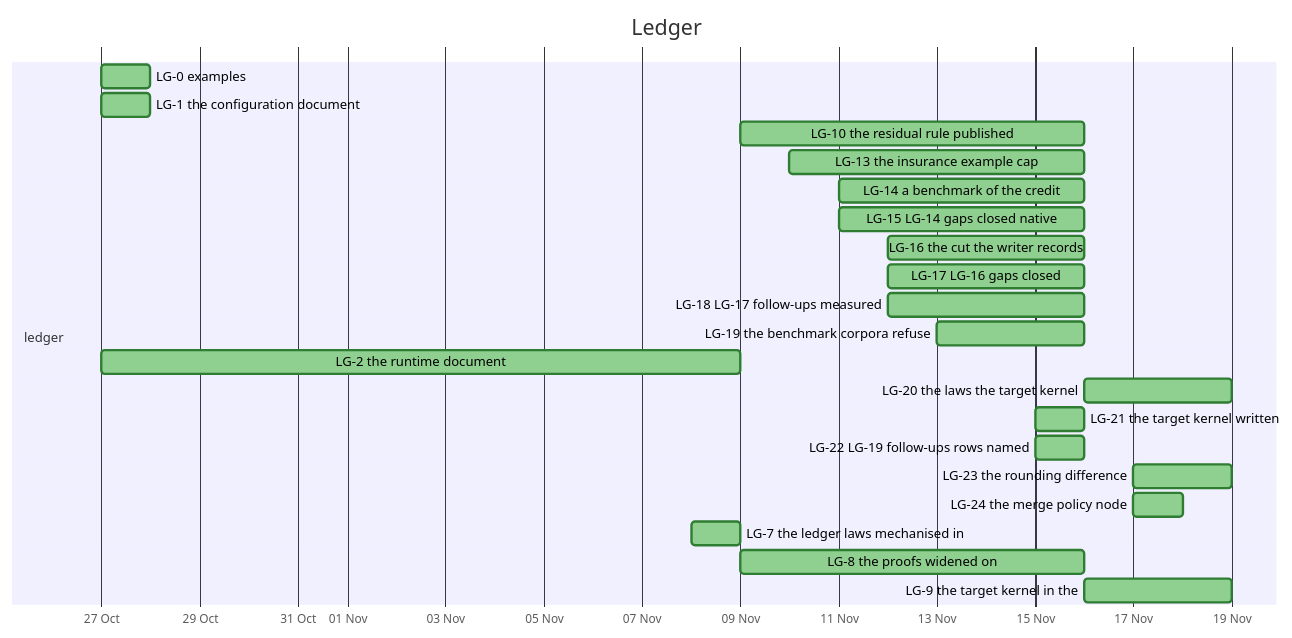
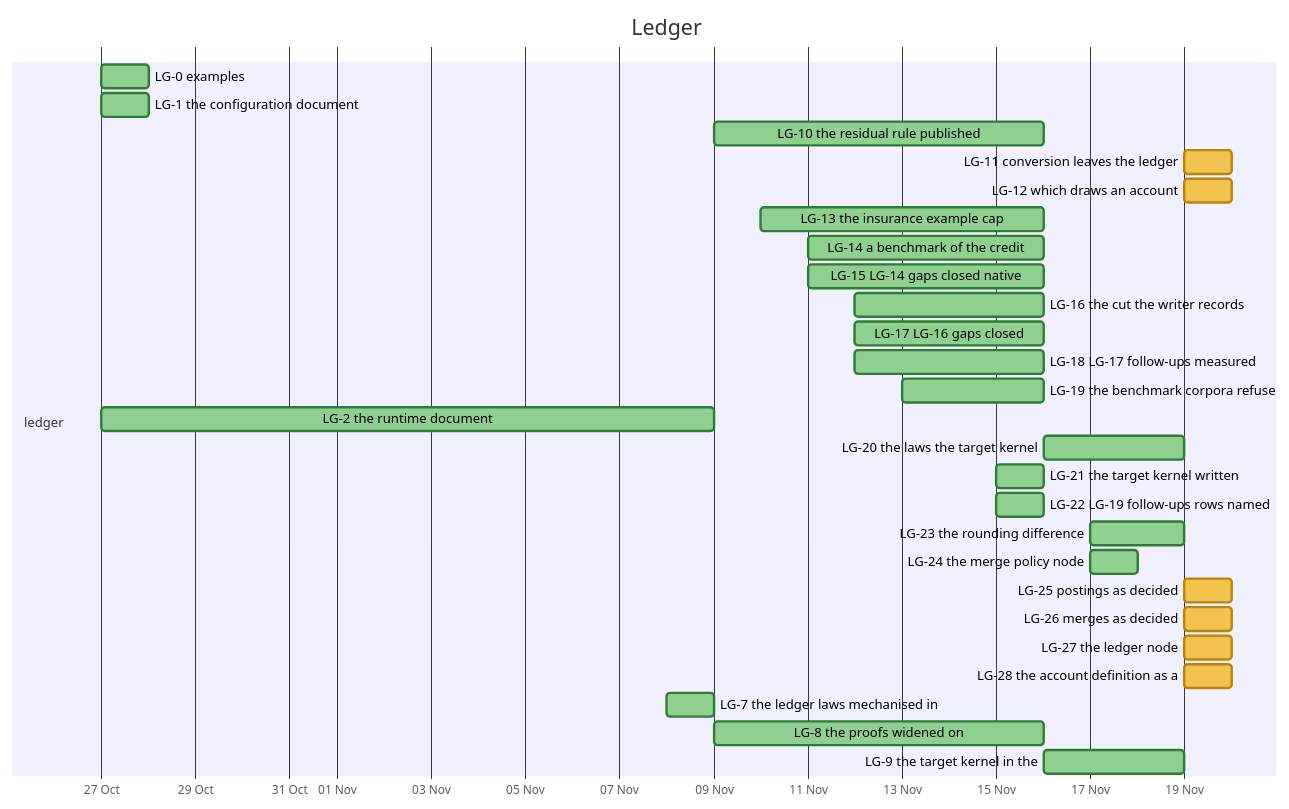
Before and after one commit to nebularis/lattice: the tenth of 32 diagrams in docs/developer/ROADMAP.md, drawn with Mermaid. The commit also changed other lines of this file and 5 other files, not shown here.

````diff
--- a/docs/developer/ROADMAP.md
+++ b/docs/developer/ROADMAP.md
@@ -337,27 +337,33 @@
 ```mermaid
 %%{init: {"themeVariables": {"taskBkgColor": "#f2c14e", "taskBorderColor": "#b8860b", "taskTextColor": "#000000", "activeTaskBkgColor": "#4e9af1", "activeTaskBorderColor": "#1f5fbf", "activeTaskBorderColor": "#1f5fbf", "doneTaskBkgColor": "#8fcf8f", "doneTaskBorderColor": "#2f7d32", "critBkgColor": "#f28b82", "critBorderColor": "#b23a30", "taskTextDarkColor": "#000000", "taskTextLightColor": "#000000"}}}%%
 gantt
     title Ledger
     dateFormat YYYY-MM-DD
     axisFormat %d %b
     section ledger
     LG-0 examples :done, lg0, 2026-10-27, 2026-10-28
     LG-1 the configuration document :done, lg1, 2026-10-27, 2026-10-28
     LG-10 the residual rule published :done, lg10, 2026-11-09, 2026-11-16
+    LG-11 conversion leaves the ledger :lg11, 2026-11-19, 2026-11-20
+    LG-12 which draws an account :lg12, 2026-11-19, 2026-11-20
     LG-13 the insurance example cap :done, lg13, 2026-11-10, 2026-11-16
     LG-14 a benchmark of the credit :done, lg14, 2026-11-11, 2026-11-16
     LG-15 LG-14 gaps closed native :done, lg15, 2026-11-11, 2026-11-16
     LG-16 the cut the writer records :done, lg16, 2026-11-12, 2026-11-16
     LG-17 LG-16 gaps closed :done, lg17, 2026-11-12, 2026-11-16
     LG-18 LG-17 follow-ups measured :done, lg18, 2026-11-12, 2026-11-16
     LG-19 the benchmark corpora refuse :done, lg19, 2026-11-13, 2026-11-16
     LG-2 the runtime document :done, lg2, 2026-10-27, 2026-11-09
     LG-20 the laws the target kernel :done, lg20, 2026-11-16, 2026-11-19
     LG-21 the target kernel written :done, lg21, 2026-11-15, 2026-11-16
     LG-22 LG-19 follow-ups rows named :done, lg22, 2026-11-15, 2026-11-16
     LG-23 the rounding difference :done, lg23, 2026-11-17, 2026-11-19
     LG-24 the merge policy node :done, lg24, 2026-11-17, 2026-11-18
+    LG-25 postings as decided :lg25, 2026-11-19, 2026-11-20
+    LG-26 merges as decided :lg26, 2026-11-19, 2026-11-20
+    LG-27 the ledger node :lg27, 2026-11-19, 2026-11-20
+    LG-28 the account definition as a :lg28, 2026-11-19, 2026-11-20
     LG-7 the ledger laws mechanised in :done, lg7, 2026-11-08, 2026-11-09
     LG-8 the proofs widened on :done, lg8, 2026-11-09, 2026-11-16
     LG-9 the target kernel in the :done, lg9, 2026-11-16, 2026-11-19
 ```
````
